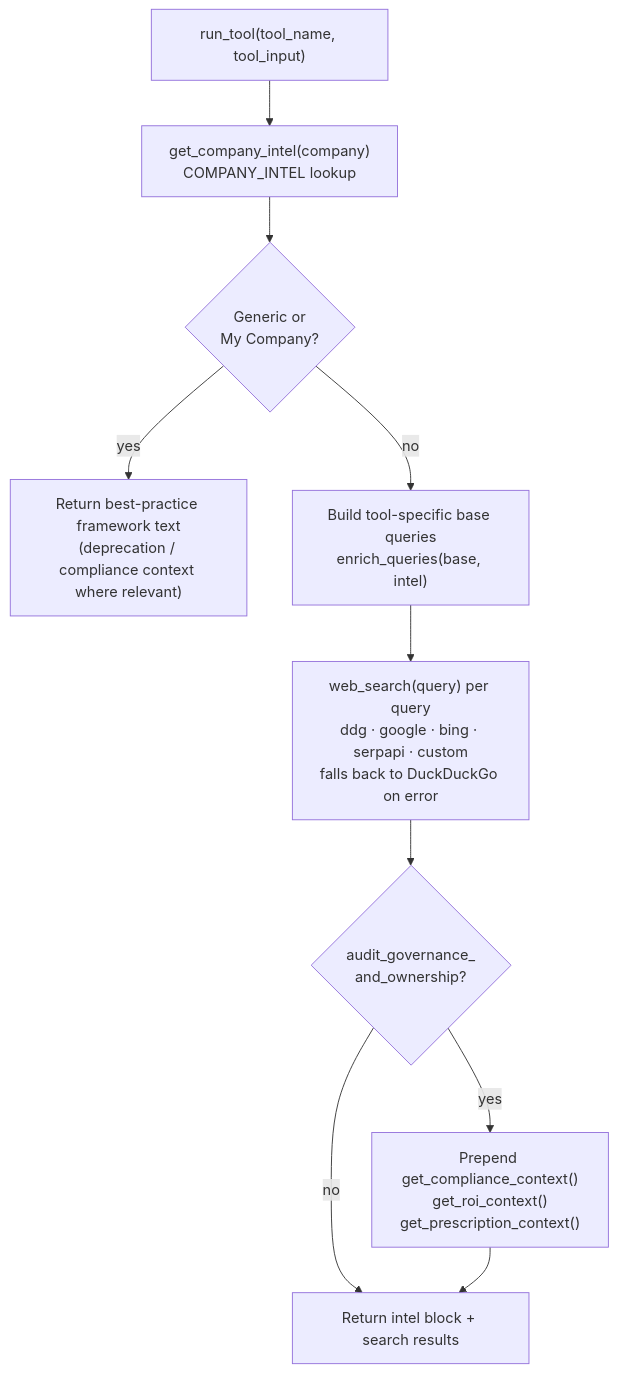
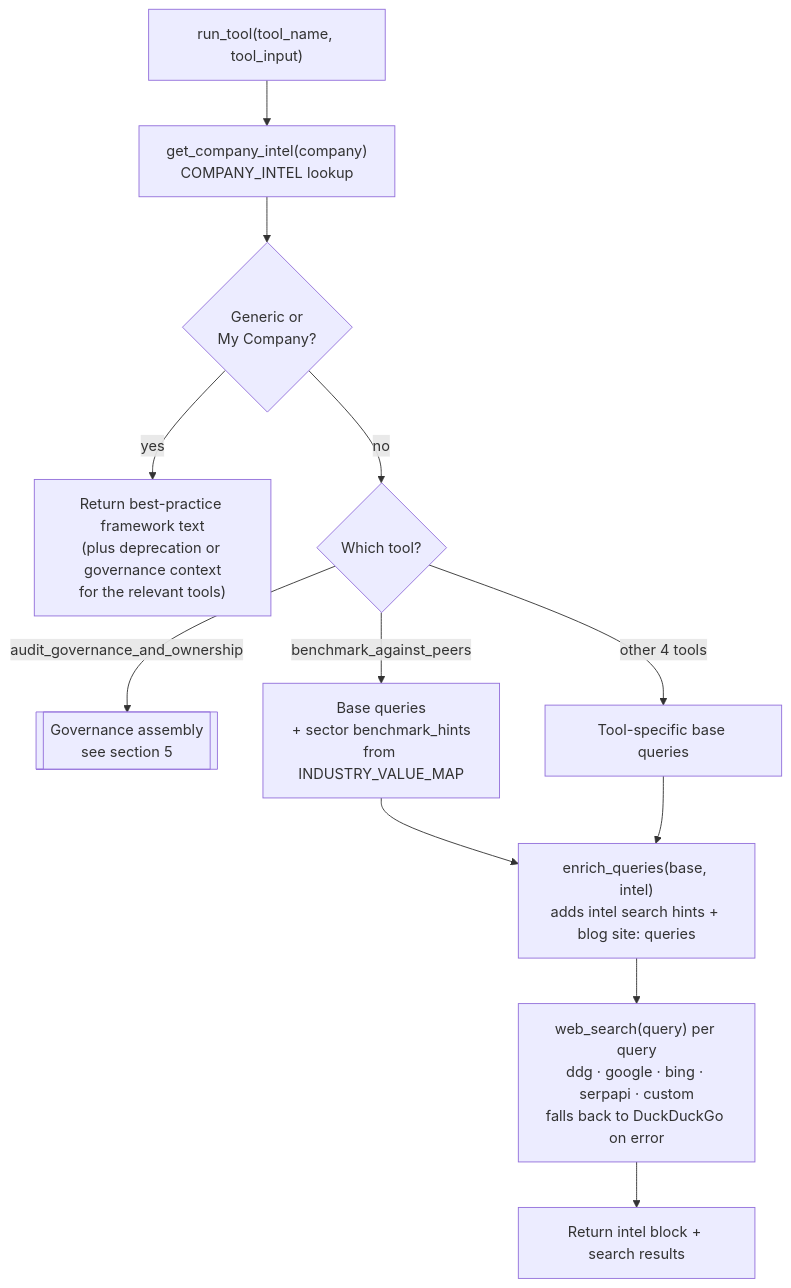
One commit to dwnjuguna/AI-Stack-Doctor changed the fourth of 7 diagrams in ARCHITECTURE.md. Above: the diagram before and after it, drawn with Mermaid. The commit also changed other lines of this file, not shown here.

Commit message:
Update architecture doc to match v4.1 main

````diff
--- a/ARCHITECTURE.md
+++ b/ARCHITECTURE.md
@@ -63,12 +72,14 @@
 ```mermaid
 flowchart TD
     IN["run_tool(tool_name, tool_input)"] --> INTEL["get_company_intel(company)<br/>COMPANY_INTEL lookup"]
     INTEL --> GEN{"Generic or<br/>My Company?"}
-    GEN -->|yes| RUBRIC["Return best-practice framework text<br/>(deprecation / compliance context where relevant)"]
-    GEN -->|no| Q["Build tool-specific base queries<br/>enrich_queries(base, intel)"]
-    Q --> WS["web_search(query) per query<br/>ddg · google · bing · serpapi · custom<br/>falls back to DuckDuckGo on error"]
-    WS --> GOV{"audit_governance_<br/>and_ownership?"}
-    GOV -->|yes| CTX["Prepend get_compliance_context()<br/>get_roi_context()<br/>get_prescription_context()"]
-    GOV -->|no| RET
-    CTX --> RET["Return intel block + search results"]
+    GEN -->|yes| RUBRIC["Return best-practice framework text<br/>(plus deprecation or governance context<br/>for the relevant tools)"]
+    GEN -->|no| WHICH{"Which tool?"}
+    WHICH -->|audit_governance_and_ownership| GOVT[["Governance assembly<br/>see section 5"]]
+    WHICH -->|benchmark_against_peers| BQ["Base queries<br/>+ sector benchmark_hints<br/>from INDUSTRY_VALUE_MAP"]
+    WHICH -->|other 4 tools| Q["Tool-specific base queries"]
+    BQ --> ENR["enrich_queries(base, intel)<br/>adds intel search hints + blog site: queries"]
+    Q --> ENR
+    ENR --> WS["web_search(query) per query<br/>ddg · google · bing · serpapi · custom<br/>falls back to DuckDuckGo on error"]
+    WS --> RET["Return intel block + search results"]
 ```
````
